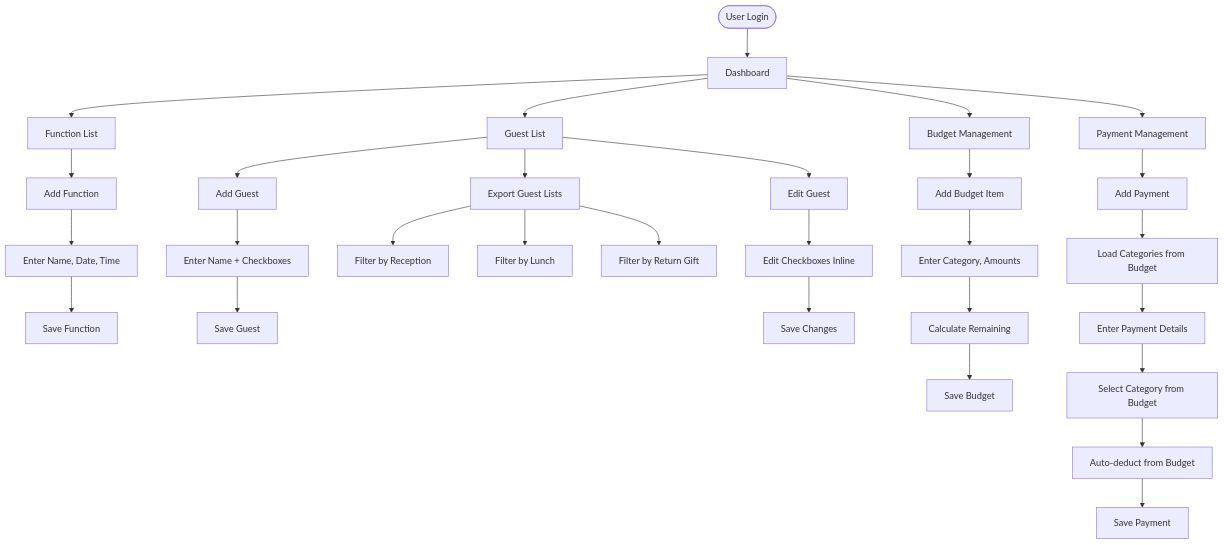
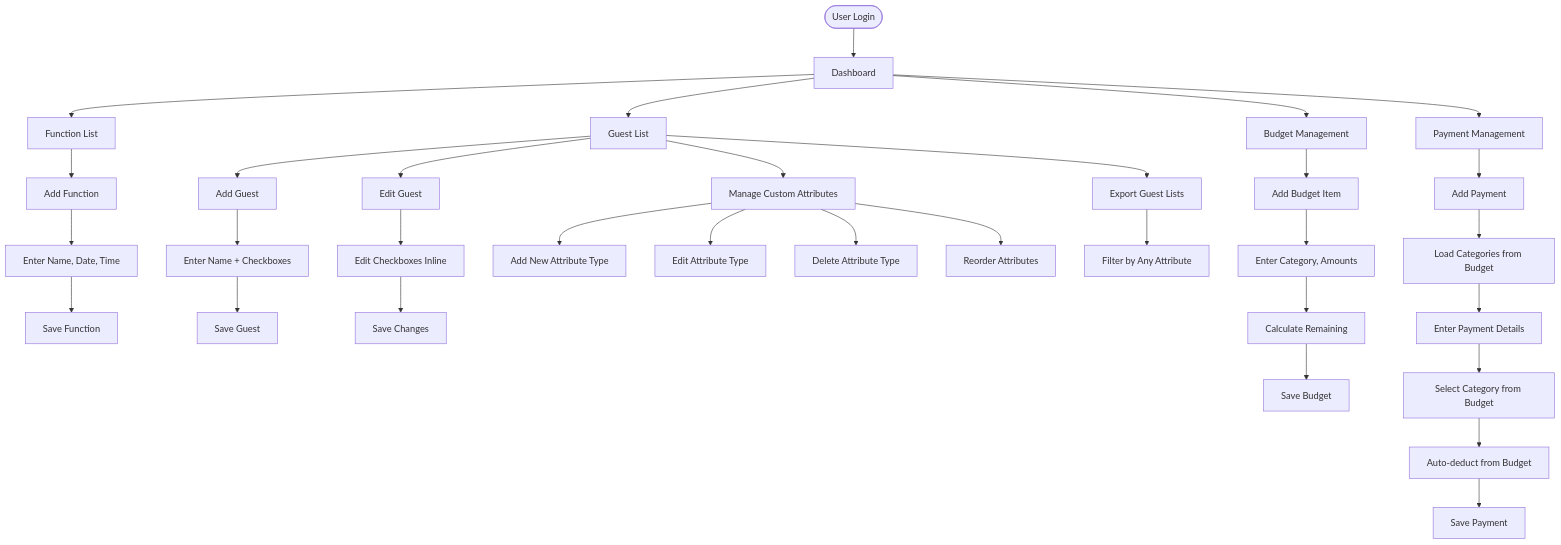
Before and after one commit to bansal6498/ShaadiApp: the sixth of 8 diagrams in ARCHITECTURE.md, drawn with Mermaid. The commit also changed other lines of this file and 2 other files, not shown here.

````diff
--- a/ARCHITECTURE.md
+++ b/ARCHITECTURE.md
@@ -365,36 +427,38 @@
 ```mermaid
 flowchart TD
     Start([User Login]) --> Dashboard[Dashboard]
     Dashboard --> Functions[Function List]
     Dashboard --> Guests[Guest List]
     Dashboard --> Budget[Budget Management]
     Dashboard --> Payments[Payment Management]
     
     Functions --> AddFunction[Add Function]
     AddFunction --> FunctionForm[Enter Name, Date, Time]
     FunctionForm --> SaveFunction[Save Function]
     
     Guests --> AddGuest[Add Guest]
     AddGuest --> GuestForm[Enter Name + Checkboxes]
     GuestForm --> SaveGuest[Save Guest]
+    Guests --> EditGuest[Edit Guest]
+    EditGuest --> EditCheckboxes[Edit Checkboxes Inline]
+    EditCheckboxes --> SaveGuestChanges[Save Changes]
+    Guests --> ManageAttributes[Manage Custom Attributes]
+    ManageAttributes --> AddAttributeType[Add New Attribute Type]
+    ManageAttributes --> EditAttributeType[Edit Attribute Type]
+    ManageAttributes --> DeleteAttributeType[Delete Attribute Type]
+    ManageAttributes --> ReorderAttributes[Reorder Attributes]
     Guests --> ExportGuests[Export Guest Lists]
-    ExportGuests --> FilterReception[Filter by Reception]
-    ExportGuests --> FilterLunch[Filter by Lunch]
-    ExportGuests --> FilterReturnGift[Filter by Return Gift]
+    ExportGuests --> FilterByAttribute[Filter by Any Attribute]
     
     Budget --> AddBudget[Add Budget Item]
     AddBudget --> BudgetForm[Enter Category, Amounts]
     BudgetForm --> CalculateRemaining[Calculate Remaining]
     CalculateRemaining --> SaveBudget[Save Budget]
     
     Payments --> AddPayment[Add Payment]
     AddPayment --> LoadCategories[Load Categories from Budget]
     LoadCategories --> PaymentForm[Enter Payment Details]
     PaymentForm --> SelectCategory[Select Category from Budget]
     SelectCategory --> UpdateBudget[Auto-deduct from Budget]
     UpdateBudget --> SavePayment[Save Payment]
-    
-    Guests --> EditGuest[Edit Guest]
-    EditGuest --> EditCheckboxes[Edit Checkboxes Inline]
-    EditCheckboxes --> SaveGuestChanges[Save Changes]
 ```
````
